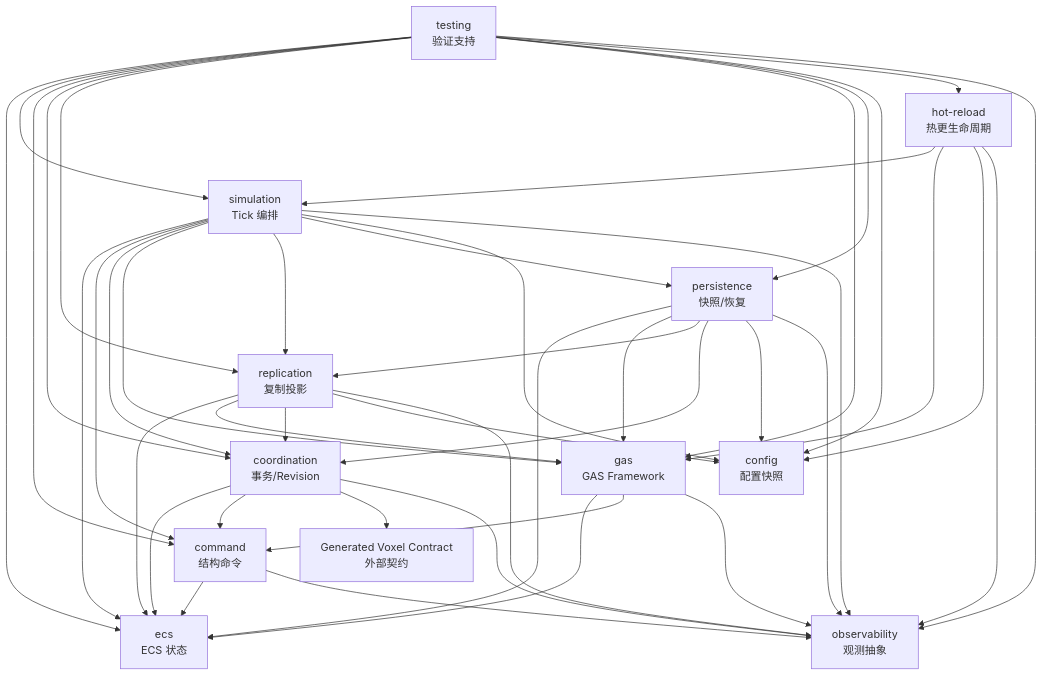
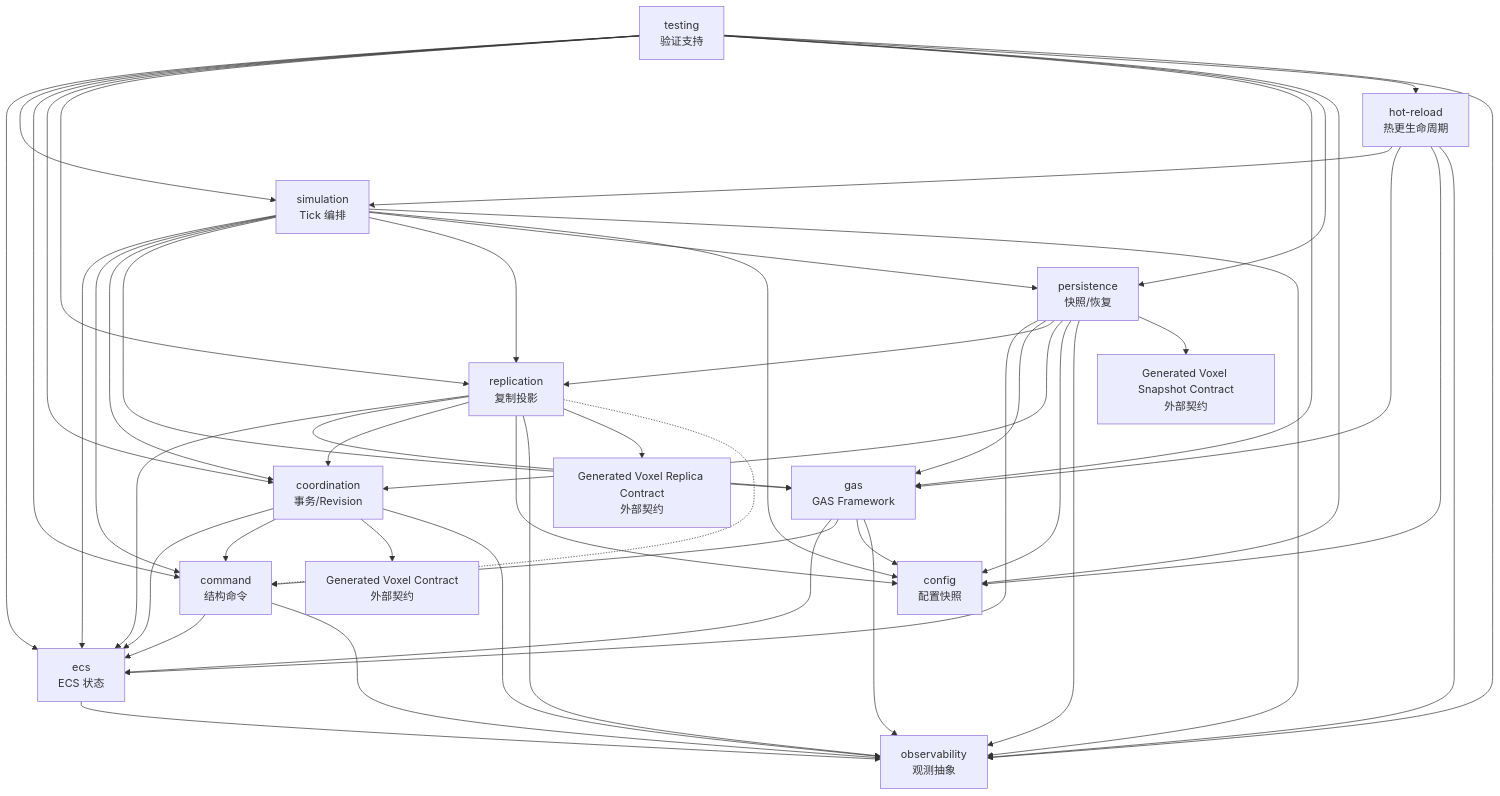
One commit to LumioGames/LumioGameRuntime changed the diagram in modules/README.md. Above: the diagram before and after it, drawn with Mermaid. The commit also changed other lines of this file and 14 other files, not shown here.

First line of the commit message:
docs(modules): close LGE-V1.0 architecture review findings

````diff
--- a/modules/README.md
+++ b/modules/README.md
@@ -76,58 +82,65 @@
 ```mermaid
 graph TD
     config[config\n配置快照]
     observability[observability\n观测抽象]
     ecs[ecs\nECS 状态]
     command[command\n结构命令]
     simulation[simulation\nTick 编排]
     coordination[coordination\n事务/Revision]
     gas[gas\nGAS Framework]
     replication[replication\n复制投影]
     persistence[persistence\n快照/恢复]
     hotReload[hot-reload\n热更生命周期]
     testing[testing\n验证支持]
     voxel[Generated Voxel Contract\n外部契约]
+    voxelReplica[Generated Voxel Replica Contract\n外部契约]
+    voxelSnapshot[Generated Voxel Snapshot Contract\n外部契约]
 
+    ecs --> observability
     command --> ecs
     command --> observability
     simulation --> ecs
     simulation --> command
     simulation --> coordination
     simulation --> gas
     simulation --> replication
     simulation --> persistence
     simulation --> config
     simulation --> observability
     coordination --> ecs
     coordination --> command
     coordination --> voxel
     coordination --> observability
     gas --> ecs
     gas --> command
+    gas --> config
     gas --> observability
     replication --> ecs
     replication --> gas
     replication --> coordination
     replication --> config
     replication --> observability
+    replication --> voxelReplica
+    replication -.-> command
     persistence --> ecs
     persistence --> gas
     persistence --> replication
     persistence --> coordination
     persistence --> config
     persistence --> observability
+    persistence --> voxelSnapshot
     hotReload --> simulation
     hotReload --> gas
     hotReload --> config
     hotReload --> observability
     testing --> ecs
     testing --> simulation
     testing --> command
     testing --> coordination
     testing --> replication
     testing --> gas
     testing --> persistence
     testing --> config
     testing --> hotReload
     testing --> observability
 ```
````
